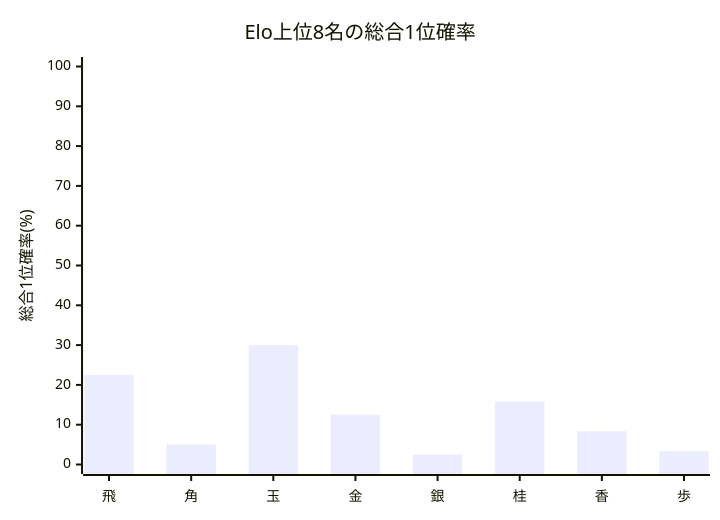
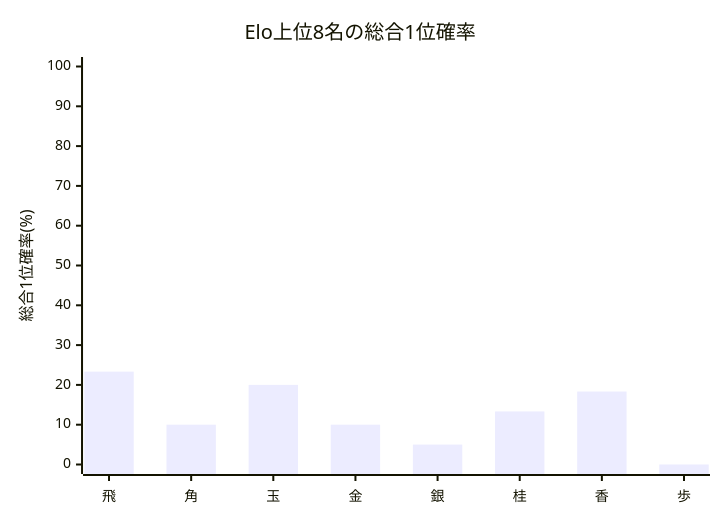
The second of 2 diagrams in Output/TournamentQualityEvaluator/TournamentQualityReport/Summary/[先手8x後手8]_[Neutral_Single10_STSAInput2_draft]_quality_summary.md (muzudho/ShogiTournamentSystemAnalyzer), drawn with Mermaid before and after one commit. The commit also changed other lines of this file and 46 other files, not shown here.

````diff
--- a/Output/TournamentQualityEvaluator/TournamentQualityReport/Summary/[先手8x後手8]_[Neutral_Single10_STSAInput2_draft]_quality_summary.md
+++ b/Output/TournamentQualityEvaluator/TournamentQualityReport/Summary/[先手8x後手8]_[Neutral_Single10_STSAInput2_draft]_quality_summary.md
@@ -51,7 +65,7 @@
 ```mermaid
 xychart-beta
     title "Elo上位8名の総合1位確率"
     x-axis ["飛", "角", "玉", "金", "銀", "桂", "香", "歩"]
     y-axis "総合1位確率(%)" 0 --> 100
-    bar [22.50, 5.00, 30.00, 12.50, 2.50, 15.83, 8.33, 3.33]
+    bar [23.33, 10.00, 20.00, 10.00, 5.00, 13.33, 18.33, 0.00]
 ```
````
